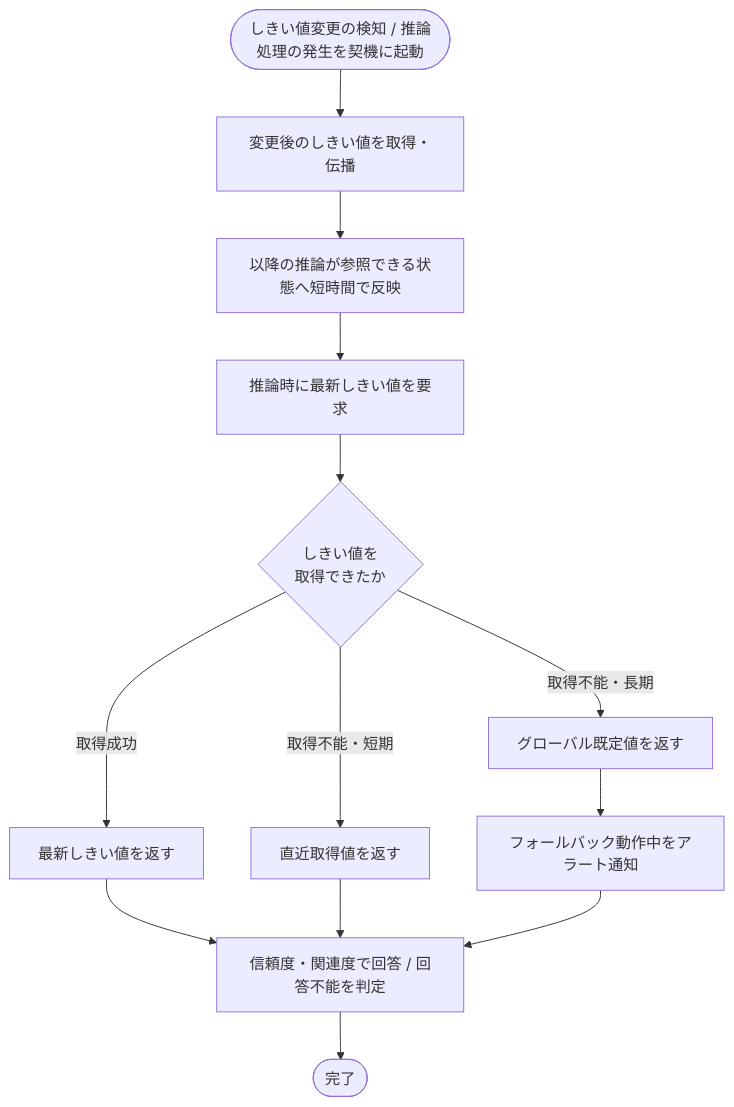
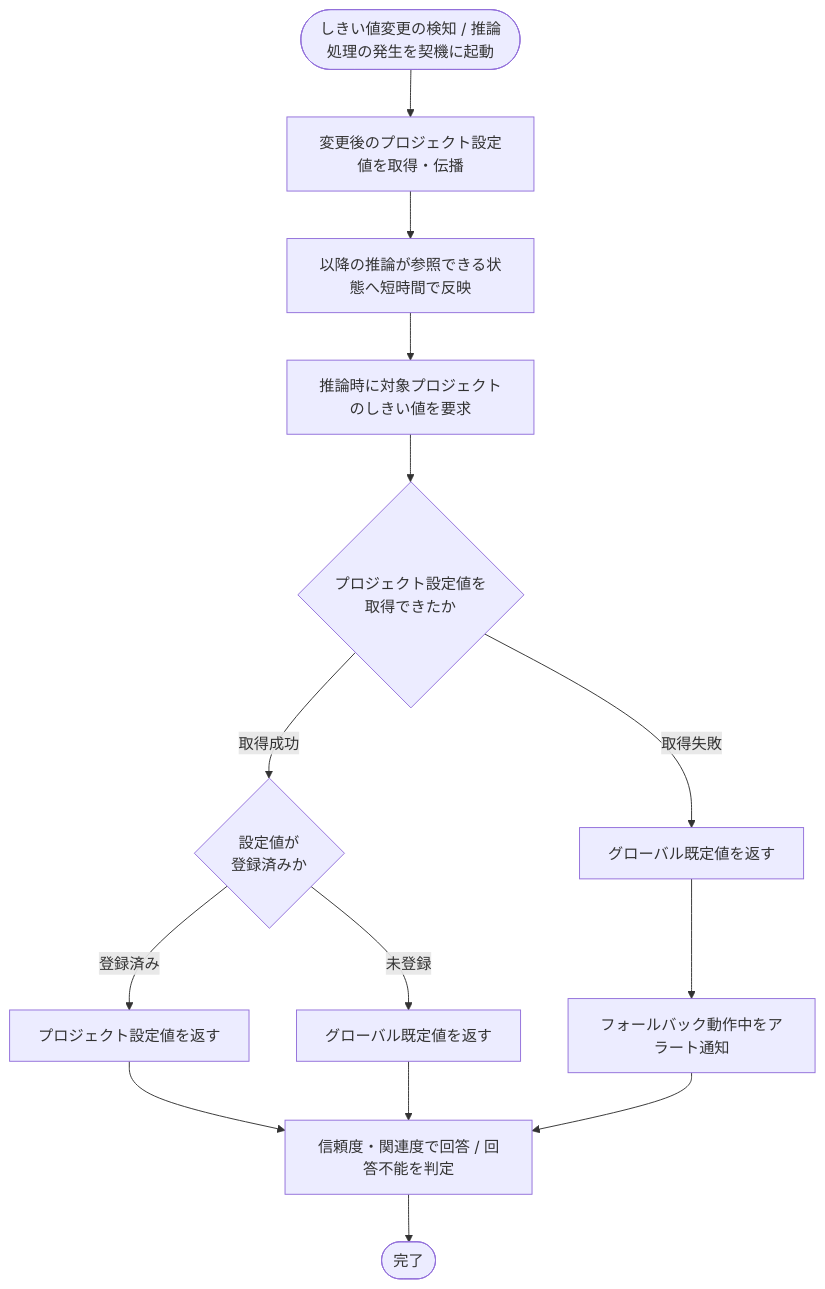
One commit to sikakou54/open-faq changed the diagram in 02_basic_design/02_backend/01_system/SYS-015.md. Above: the diagram before and after it, drawn with Mermaid. The commit also changed other lines of this file and 30 other files, not shown here.

````diff
--- a/02_basic_design/02_backend/01_system/SYS-015.md
+++ b/02_basic_design/02_backend/01_system/SYS-015.md
@@ -23,15 +24,16 @@
 ```mermaid
 flowchart TB
-  S([しきい値変更の検知 / 推論処理の発生を契機に起動]) --> A[変更後のしきい値を取得・伝播]
+  S([しきい値変更の検知 / 推論処理の発生を契機に起動]) --> A[変更後のプロジェクト設定値を取得・伝播]
   A --> B[以降の推論が参照できる状態へ短時間で反映]
-  B --> C[推論時に最新しきい値を要求]
-  C --> D{しきい値を<br/>取得できたか}
-  D -- 取得成功 --> E[最新しきい値を返す]
-  D -- 取得不能・短期 --> F[直近取得値を返す]
-  D -- 取得不能・長期 --> G[グローバル既定値を返す]
-  G --> H[フォールバック動作中をアラート通知]
-  E --> I[信頼度・関連度で回答 / 回答不能を判定]
-  F --> I
-  H --> I
+  B --> C[推論時に対象プロジェクトのしきい値を要求]
+  C --> D{プロジェクト設定値を<br/>取得できたか}
+  D -- 取得成功 --> E{設定値が<br/>登録済みか}
+  E -- 登録済み --> F[プロジェクト設定値を返す]
+  E -- 未登録 --> G[グローバル既定値を返す]
+  D -- 取得失敗 --> H[グローバル既定値を返す]
+  H --> K[フォールバック動作中をアラート通知]
+  F --> I[信頼度・関連度で回答 / 回答不能を判定]
+  G --> I
+  K --> I
   I --> J([完了])
 ```
````
